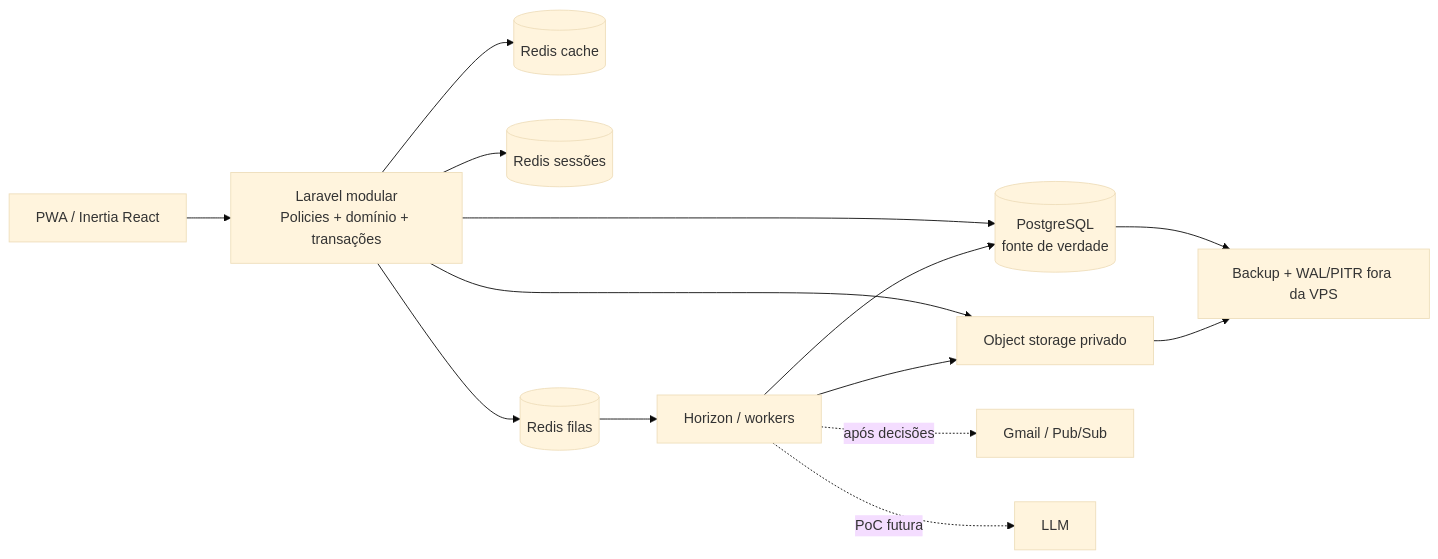
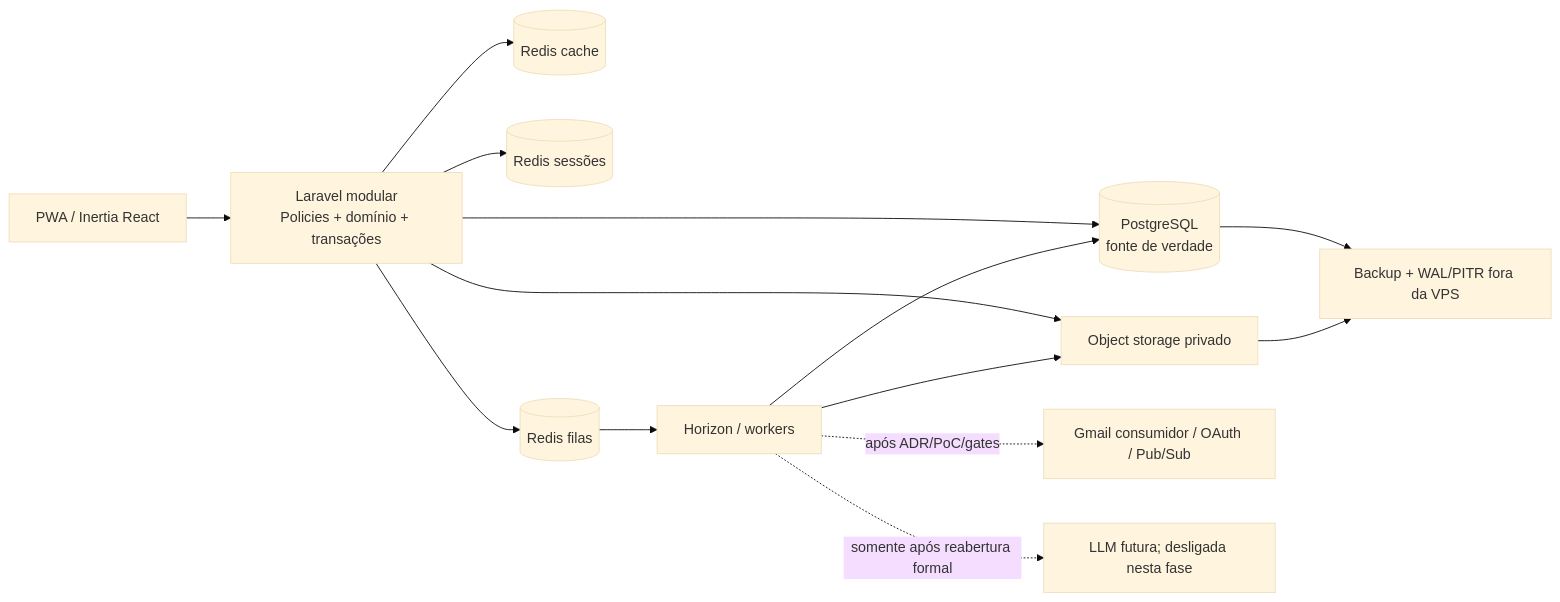
Before and after one commit to TommDaniel/centro_acolhimento: the first of 2 diagrams in docs/architecture/project-blueprint.md, drawn with Mermaid (base theme). The commit also changed other lines of this file and 40 other files, not shown here.

````diff
--- a/docs/architecture/project-blueprint.md
+++ b/docs/architecture/project-blueprint.md
@@ -26,16 +28,16 @@
 ```mermaid
 flowchart LR
     UI["PWA / Inertia React"] --> APP["Laravel modular\nPolicies + domínio + transações"]
     APP --> PG[("PostgreSQL\nfonte de verdade")]
     APP --> RC[("Redis cache")]
     APP --> RS[("Redis sessões")]
     APP --> RQ[("Redis filas")]
     RQ --> H["Horizon / workers"]
     APP --> OBJ["Object storage privado"]
     H --> PG
     H --> OBJ
-    H -.->|"após decisões"| GMAIL["Gmail / Pub/Sub"]
-    H -.->|"PoC futura"| LLM["LLM"]
+    H -.->|"após ADR/PoC/gates"| GMAIL["Gmail consumidor / OAuth / Pub/Sub"]
+    H -.->|"somente após reabertura formal"| LLM["LLM futura; desligada nesta fase"]
     PG --> B["Backup + WAL/PITR fora da VPS"]
     OBJ --> B
 ```
````
